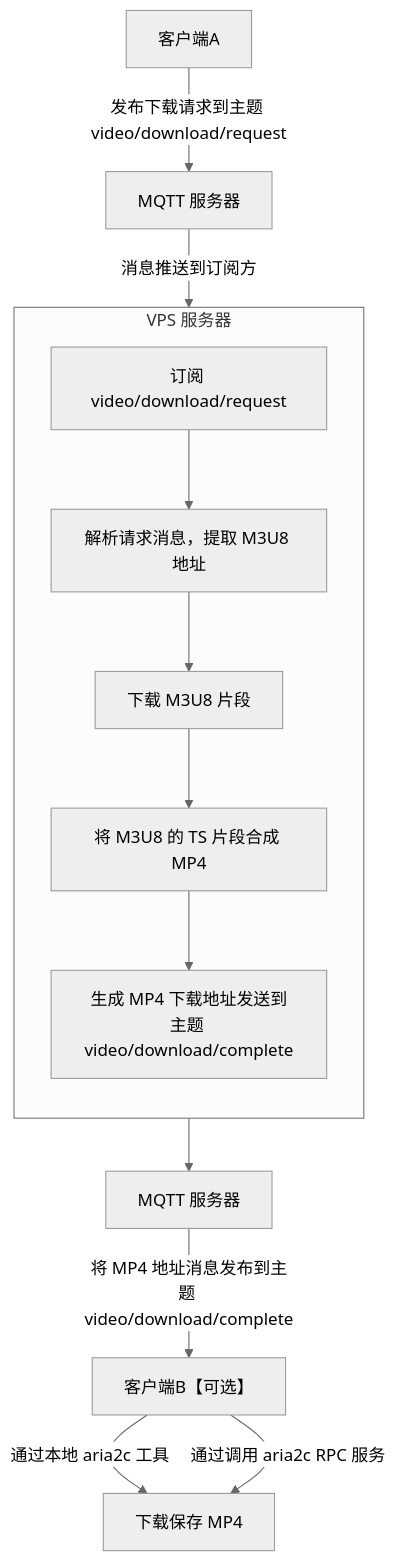
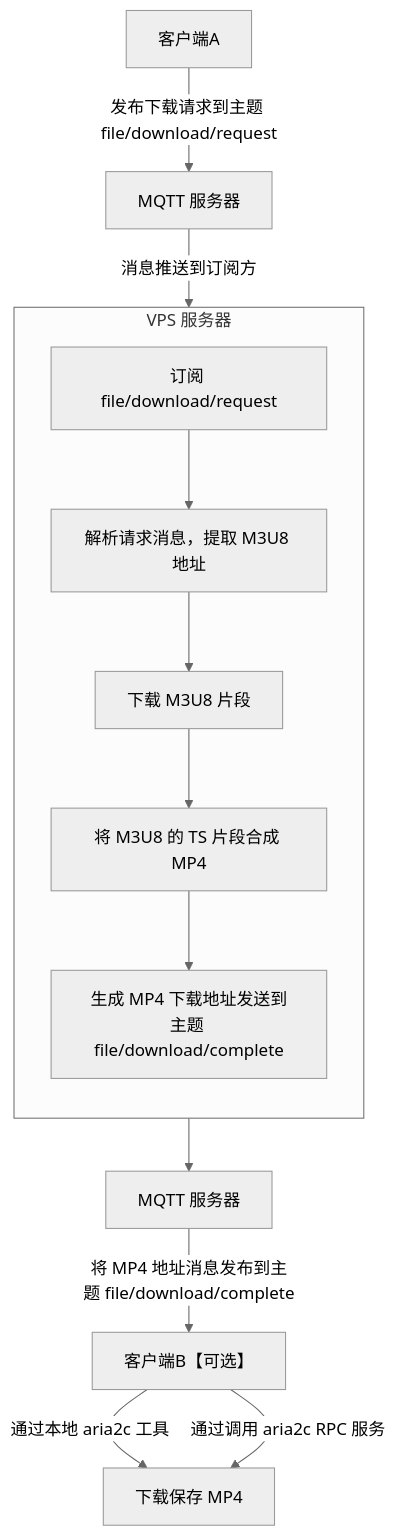
One commit to idev-sig/file-downloader changed the diagram in README.md. Above: the diagram before and after it, drawn with Mermaid (neutral theme). The commit also changed other lines of this file and 15 other files, not shown here.

````diff
--- a/README.md
+++ b/README.md
@@ -156,20 +157,20 @@
 ```mermaid
 flowchart TD
-    A[客户端A] -- 发布下载请求到主题 video/download/request --> M[MQTT 服务器]
+    A[客户端A] -- 发布下载请求到主题 file/download/request --> M[MQTT 服务器]
     subgraph VPS 服务器
       direction TB
-      S1[订阅 video/download/request]
+      S1[订阅 file/download/request]
       S2[解析请求消息，提取 M3U8 地址]
       S3[下载 M3U8 片段]
       S4[将 M3U8 的 TS 片段合成 MP4]
-      S5[生成 MP4 下载地址发送到主题 video/download/complete]
+      S5[生成 MP4 下载地址发送到主题 file/download/complete]
       S1 --> S2 --> S3 --> S4 --> S5
     end
     M -- 消息推送到订阅方 --> S1
 
     S5 --> M2[MQTT 服务器]
 
-    M2 -- 将 MP4 地址消息发布到主题 video/download/complete --> B[客户端B【可选】]
+    M2 -- 将 MP4 地址消息发布到主题 file/download/complete --> B[客户端B【可选】]
     B -- 通过本地 aria2c 工具--> L[下载保存 MP4]
     B -- 通过调用 aria2c RPC 服务 --> L
 ```
````
